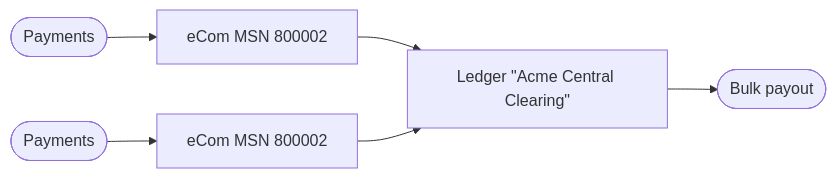
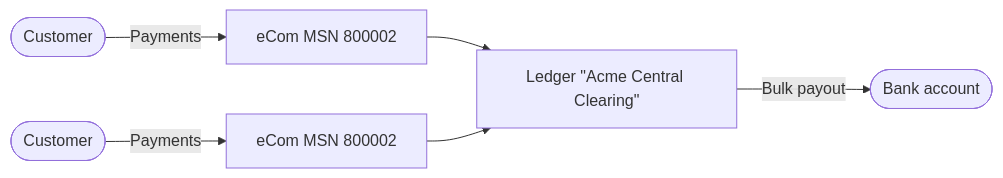
One commit to vippsas/vipps-report-api changed the second of 2 diagrams in api-guide/settlement.md. Above: the diagram before and after it, drawn with Mermaid. The commit also changed other lines of this file, not shown here.

Commit message:
Add customer and bank account

````diff
--- a/api-guide/settlement.md
+++ b/api-guide/settlement.md
@@ -95,10 +95,10 @@
 ``` mermaid
 flowchart LR
-    Payment1([Payments])
-    Payment2([Payments])
-    Payment1 --> ecomMSN1[eCom MSN 800002]
-    Payment2 --> ecomMSN2[eCom MSN 800002]
+    Customer1([Customer])
+    Customer2([Customer])
+    Customer1-- Payments -->ecomMSN1[eCom MSN 800002]
+    Customer2-- Payments -->ecomMSN2[eCom MSN 800002]
     ecomMSN1 --> Ledger["Ledger #quot;Acme Central Clearing#quot;"]
     ecomMSN2 --> Ledger
-    Ledger --> Bulk([Bulk payout])
+    Ledger-- Bulk payout -->Bank([Bank account])
 ```
````
